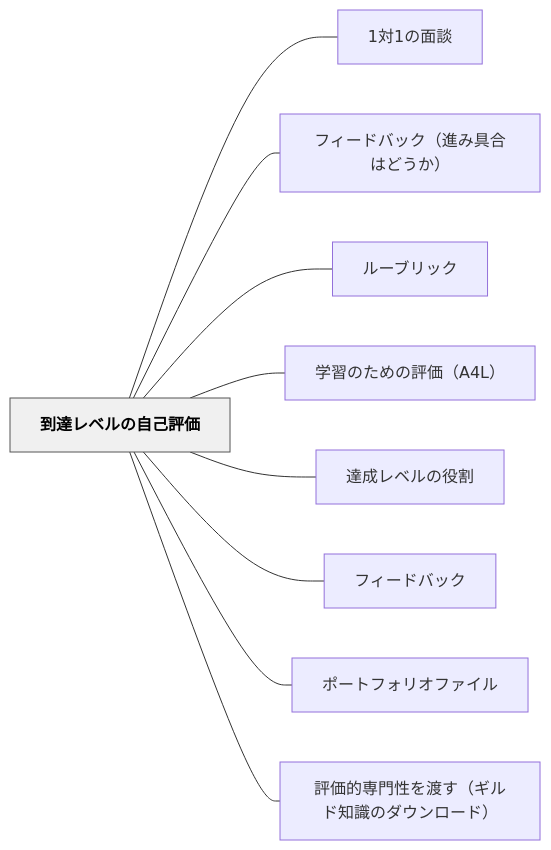
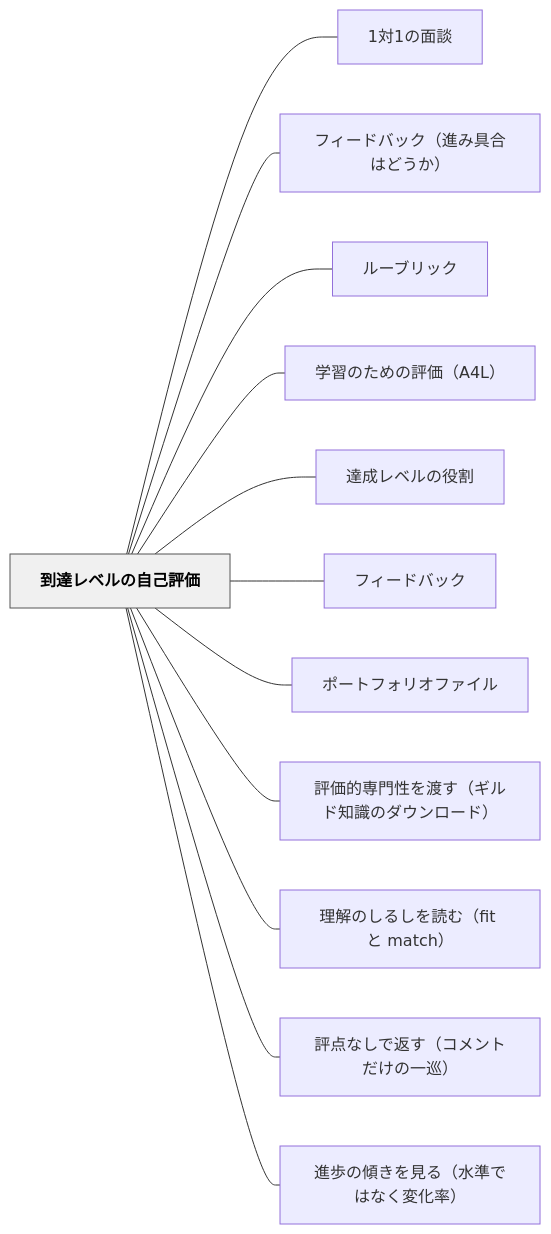
One commit to unknownthings-ed-patterns/unknownthings-ed-patterns changed the diagram in content/パタン/到達レベルの自己評価.md. Above: the diagram before and after it, drawn with Mermaid. The commit also changed other lines of this file and 26 other files, not shown here.

````diff
--- a/content/パタン/到達レベルの自己評価.md
+++ b/content/パタン/到達レベルの自己評価.md
@@ -64,24 +67,30 @@
 ```mermaid
 flowchart LR
     ne588b0e98194e383ace38399e383abe381aee887aae5b7b1e8a995e4bea1["到達レベルの自己評価"]
     n31e5afbe31e381aee99da2e8ab87["1対1の面談"]
     ne38395e382a3e383bce38389e38390e38383e382afefbc88e980b2e381bfe585b7e59088e381afe381a9e38186e3818befbc89["フィードバック（進み具合はどうか）"]
     ne383abe383bce38396e383aae38383e382af["ルーブリック"]
     ne5ada6e7bf92e381aee3819fe38281e381aee8a995e4bea1efbc8841344cefbc89["学習のための評価（A4L）"]
     ne98194e68890e383ace38399e383abe381aee5bdb9e589b2["達成レベルの役割"]
     ne38395e382a3e383bce38389e38390e38383e382af["フィードバック"]
     ne3839de383bce38388e38395e382a9e383aae382aae38395e382a1e382a4e383ab["ポートフォリオファイル"]
     ne8a995e4bea1e79a84e5b082e99680e680a7e38292e6b8a1e38199efbc88e382aee383abe38389e79fa5e8ad98e381aee38380e382a6e383b3e383ade383bce38389efbc89["評価的専門性を渡す（ギルド知識のダウンロード）"]
+    ne79086e8a7a3e381aee38197e3828be38197e38292e8aaade38280efbc8866697420e381a8206d61746368efbc89["理解のしるしを読む（fit と match）"]
+    ne8a995e782b9e381aae38197e381a7e8bf94e38199efbc88e382b3e383a1e383b3e38388e381a0e38191e381aee4b880e5b7a1efbc89["評点なしで返す（コメントだけの一巡）"]
+    ne980b2e6ada9e381aee582bee3818de38292e8a68be3828befbc88e6b0b4e6ba96e381a7e381afe381aae3818fe5a489e58c96e78e87efbc89["進歩の傾きを見る（水準ではなく変化率）"]
 
     ne588b0e98194e383ace38399e383abe381aee887aae5b7b1e8a995e4bea1 --- n31e5afbe31e381aee99da2e8ab87
     ne588b0e98194e383ace38399e383abe381aee887aae5b7b1e8a995e4bea1 --- ne38395e382a3e383bce38389e38390e38383e382afefbc88e980b2e381bfe585b7e59088e381afe381a9e38186e3818befbc89
     ne588b0e98194e383ace38399e383abe381aee887aae5b7b1e8a995e4bea1 --- ne383abe383bce38396e383aae38383e382af
     ne588b0e98194e383ace38399e383abe381aee887aae5b7b1e8a995e4bea1 --- ne5ada6e7bf92e381aee3819fe38281e381aee8a995e4bea1efbc8841344cefbc89
     ne588b0e98194e383ace38399e383abe381aee887aae5b7b1e8a995e4bea1 --- ne98194e68890e383ace38399e383abe381aee5bdb9e589b2
     ne588b0e98194e383ace38399e383abe381aee887aae5b7b1e8a995e4bea1 --- ne38395e382a3e383bce38389e38390e38383e382af
     ne588b0e98194e383ace38399e383abe381aee887aae5b7b1e8a995e4bea1 --- ne3839de383bce38388e38395e382a9e383aae382aae38395e382a1e382a4e383ab
     ne588b0e98194e383ace38399e383abe381aee887aae5b7b1e8a995e4bea1 --- ne8a995e4bea1e79a84e5b082e99680e680a7e38292e6b8a1e38199efbc88e382aee383abe38389e79fa5e8ad98e381aee38380e382a6e383b3e383ade383bce38389efbc89
+    ne588b0e98194e383ace38399e383abe381aee887aae5b7b1e8a995e4bea1 --- ne79086e8a7a3e381aee38197e3828be38197e38292e8aaade38280efbc8866697420e381a8206d61746368efbc89
+    ne588b0e98194e383ace38399e383abe381aee887aae5b7b1e8a995e4bea1 --- ne8a995e782b9e381aae38197e381a7e8bf94e38199efbc88e382b3e383a1e383b3e38388e381a0e38191e381aee4b880e5b7a1efbc89
+    ne588b0e98194e383ace38399e383abe381aee887aae5b7b1e8a995e4bea1 --- ne980b2e6ada9e381aee582bee3818de38292e8a68be3828befbc88e6b0b4e6ba96e381a7e381afe381aae3818fe5a489e58c96e78e87efbc89
 
     classDef hub fill:#f0f0f0,stroke:#555,color:#000,font-weight:bold
     class ne588b0e98194e383ace38399e383abe381aee887aae5b7b1e8a995e4bea1 hub
 ```
````
